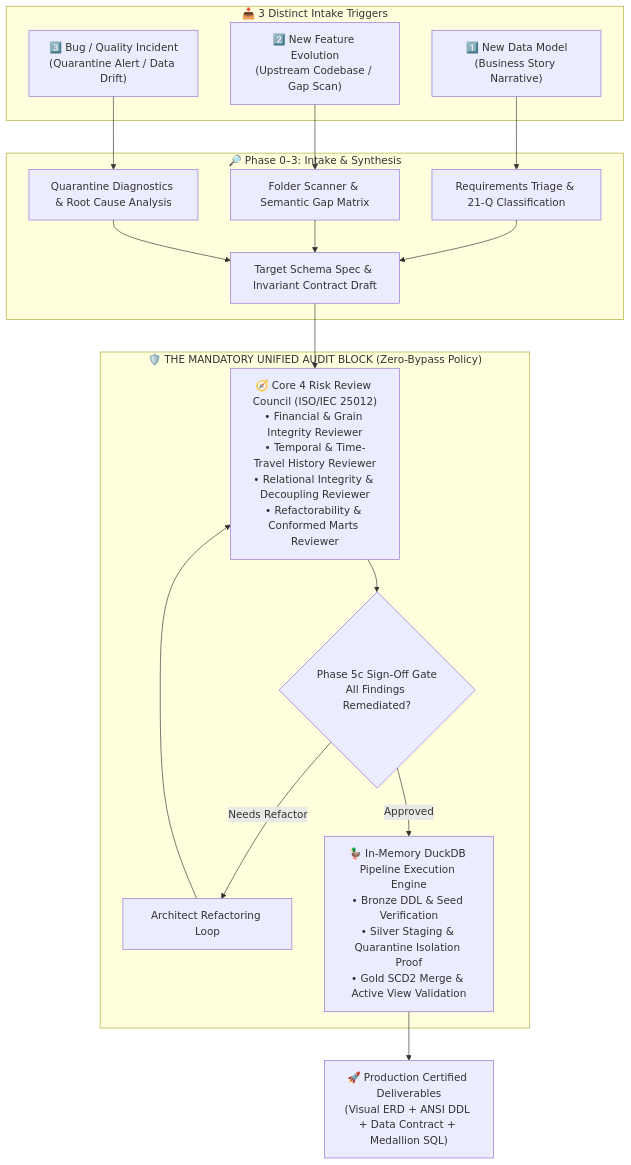
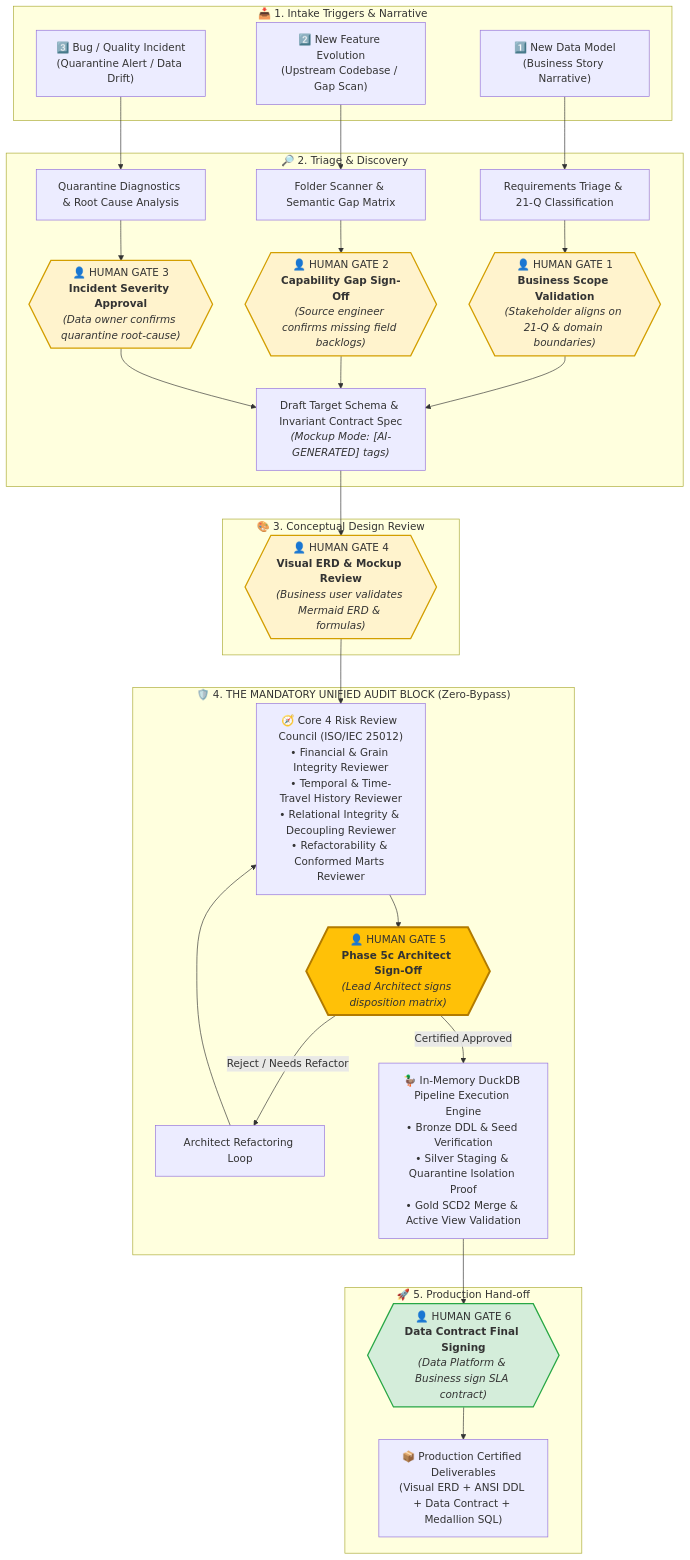
The diagram in README.md (rachardv/data-model-architect), drawn with Mermaid before and after one commit. The commit also changed other lines of this file and 1 other file, not shown here.

Commit message:
docs: add 6 explicit Human-in-the-Loop (HITL) validation gates to workflow diagrams and rubrics

````diff
--- a/README.md
+++ b/README.md
@@ -49,30 +49,48 @@
 ```mermaid
 flowchart TD
-    subgraph INTAKE["📥 3 Distinct Intake Triggers"]
+    subgraph INTAKE["📥 1. Intake Triggers & Narrative"]
         W1["1️⃣ New Data Model<br/>(Business Story Narrative)"]
         W2["2️⃣ New Feature Evolution<br/>(Upstream Codebase / Gap Scan)"]
         W3["3️⃣ Bug / Quality Incident<br/>(Quarantine Alert / Data Drift)"]
     end
 
-    subgraph TRIAGE_DISCOVERY["🔎 Phase 0–3: Intake & Synthesis"]
+    subgraph TRIAGE_DISCOVERY["🔎 2. Triage & Discovery"]
         W1 --> T1["Requirements Triage & 21-Q Classification"]
         W2 --> T2["Folder Scanner & Semantic Gap Matrix"]
         W3 --> T3["Quarantine Diagnostics & Root Cause Analysis"]
         
-        T1 --> S1["Target Schema Spec & Invariant Contract Draft"]
-        T2 --> S1
-        T3 --> S1
+        T1 --> H1{{"👤 HUMAN GATE 1<br/><b>Business Scope Validation</b><br/><i>(Stakeholder aligns on 21-Q & domain boundaries)</i>"}}
+        T2 --> H2{{"👤 HUMAN GATE 2<br/><b>Capability Gap Sign-Off</b><br/><i>(Source engineer confirms missing field backlogs)</i>"}}
+        T3 --> H3{{"👤 HUMAN GATE 3<br/><b>Incident Severity Approval</b><br/><i>(Data owner confirms quarantine root-cause)</i>"}}
+        
+        H1 --> S1["Draft Target Schema & Invariant Contract Spec<br/><i>(Mockup Mode: [AI-GENERATED] tags)</i>"]
+        H2 --> S1
+        H3 --> S1
     end
 
-    subgraph UNIFIED_AUDIT["🛡️ THE MANDATORY UNIFIED AUDIT BLOCK (Zero-Bypass Policy)"]
-        S1 --> AC["🧭 Core 4 Risk Review Council (ISO/IEC 25012)<br/>• Financial & Grain Integrity Reviewer<br/>• Temporal & Time-Travel History Reviewer<br/>• Relational Integrity & Decoupling Reviewer<br/>• Refactorability & Conformed Marts Reviewer"]
+    subgraph CONCEPT_REVIEW["🎨 3. Conceptual Design Review"]
+        S1 --> H4{{"👤 HUMAN GATE 4<br/><b>Visual ERD & Mockup Review</b><br/><i>(Business user validates Mermaid ERD & formulas)</i>"}}
+    end
+
+    subgraph UNIFIED_AUDIT["🛡️ 4. THE MANDATORY UNIFIED AUDIT BLOCK (Zero-Bypass)"]
+        H4 --> AC["🧭 Core 4 Risk Review Council (ISO/IEC 25012)<br/>• Financial & Grain Integrity Reviewer<br/>• Temporal & Time-Travel History Reviewer<br/>• Relational Integrity & Decoupling Reviewer<br/>• Refactorability & Conformed Marts Reviewer"]
         
-        AC --> P5C{"Phase 5c Sign-Off Gate<br/>All Findings Remediated?"}
-        P5C -- Needs Refactor --> REF["Architect Refactoring Loop"]
+        AC --> H5{{"👤 HUMAN GATE 5<br/><b>Phase 5c Architect Sign-Off</b><br/><i>(Lead Architect signs disposition matrix)</i>"}}
+        H5 -- Reject / Needs Refactor --> REF["Architect Refactoring Loop"]
         REF --> AC
         
-        P5C -- Approved --> DUCK["🦆 In-Memory DuckDB Pipeline Execution Engine<br/>• Bronze DDL & Seed Verification<br/>• Silver Staging & Quarantine Isolation Proof<br/>• Gold SCD2 Merge & Active View Validation"]
+        H5 -- Certified Approved --> DUCK["🦆 In-Memory DuckDB Pipeline Execution Engine<br/>• Bronze DDL & Seed Verification<br/>• Silver Staging & Quarantine Isolation Proof<br/>• Gold SCD2 Merge & Active View Validation"]
     end
 
-    DUCK --> OUT["🚀 Production Certified Deliverables<br/>(Visual ERD + ANSI DDL + Data Contract + Medallion SQL)"]
+    subgraph PRODUCTION["🚀 5. Production Hand-off"]
+        DUCK --> H6{{"👤 HUMAN GATE 6<br/><b>Data Contract Final Signing</b><br/><i>(Data Platform & Business sign SLA contract)</i>"}}
+        H6 --> OUT["📦 Production Certified Deliverables<br/>(Visual ERD + ANSI DDL + Data Contract + Medallion SQL)"]
+    end
+
+    style H1 fill:#fff3cd,stroke:#d39e00,stroke-width:2px
+    style H2 fill:#fff3cd,stroke:#d39e00,stroke-width:2px
+    style H3 fill:#fff3cd,stroke:#d39e00,stroke-width:2px
+    style H4 fill:#fff3cd,stroke:#d39e00,stroke-width:2px
+    style H5 fill:#ffc107,stroke:#b27b00,stroke-width:3px
+    style H6 fill:#d4edda,stroke:#28a745,stroke-width:2px
 ```
````
